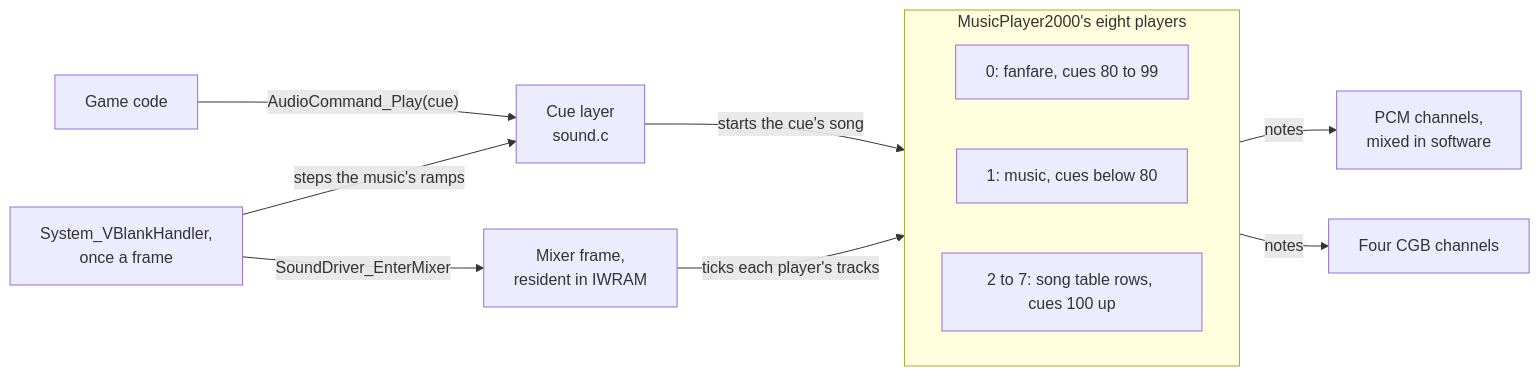
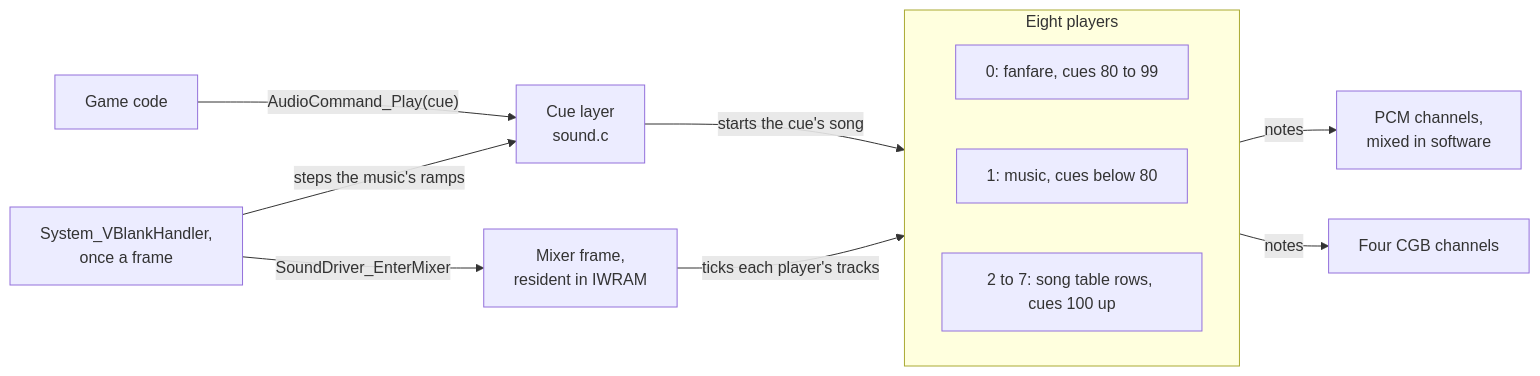
The first of 3 diagrams in games/tbs/src/sound/README.md (PascalPixel/alchemy), drawn with Mermaid before and after one commit. The commit also changed other lines of this file and 17 other files, not shown here.

First line of the commit message:
Docs: diagrams that draw on the site

````diff
--- a/games/tbs/src/sound/README.md
+++ b/games/tbs/src/sound/README.md
@@ -3,16 +3,16 @@
 ```mermaid
 flowchart LR
     game["Game code"] -->|"AudioCommand_Play(cue)"| cue["Cue layer<br/>sound.c"]
     vblank["System_VBlankHandler,<br/>once a frame"] -->|"steps the music's ramps"| cue
     vblank -->|"SoundDriver_EnterMixer"| mixer["Mixer frame,<br/>resident in IWRAM"]
-    subgraph players["MusicPlayer2000's eight players"]
+    subgraph players["Eight players"]
         direction LR
         fanfare["0: fanfare, cues 80 to 99"]
         music["1: music, cues below 80"]
         others["2 to 7: song table rows, cues 100 up"]
     end
     cue -->|"starts the cue's song"| players
     mixer -->|"ticks each player's tracks"| players
     players -->|"notes"| pcm["PCM channels,<br/>mixed in software"]
     players -->|"notes"| cgb["Four CGB channels"]
 ```
````
